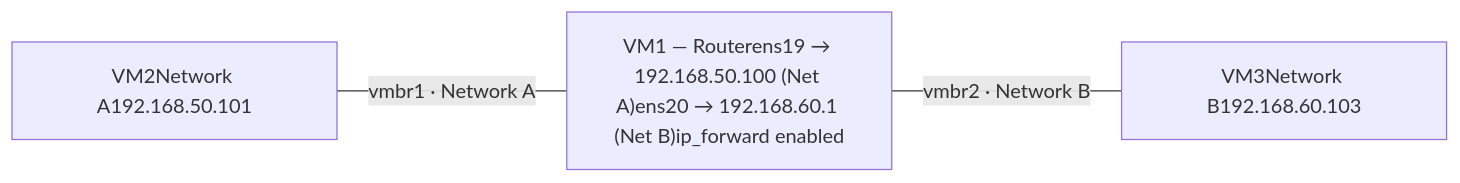
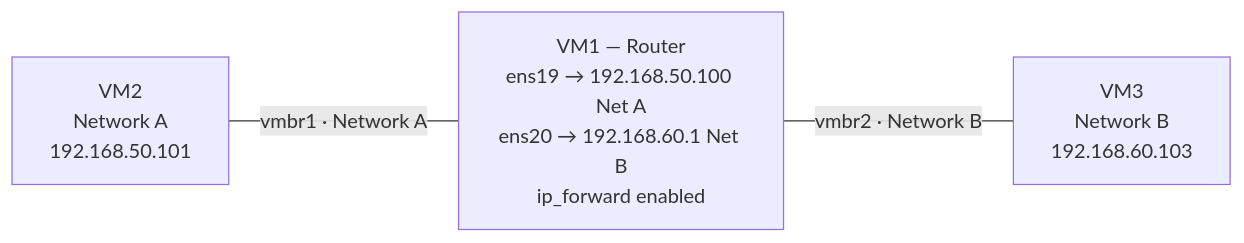
One commit to AnthonyQ04/proxmox-network-lab changed the second of 2 diagrams in README.md. Above: the diagram before and after it, drawn with Mermaid.

Commit message:
Enhance mermaid diagram formatting in README
Updated the mermaid diagram to improve readability with line breaks.

````diff
--- a/README.md
+++ b/README.md
@@ -37,9 +37,9 @@
 ```mermaid
 graph LR
-    VM2["VM2Network A192.168.50.101"]
-    VM1["VM1 — Routerens19 → 192.168.50.100 (Net A)ens20 → 192.168.60.1 (Net B)ip_forward enabled"]
-    VM3["VM3Network B192.168.60.103"]
+    VM2["VM2<br/>Network A<br/>192.168.50.101"]
+    VM1["VM1 — Router<br/>ens19 → 192.168.50.100 Net A<br/>ens20 → 192.168.60.1 Net B<br/>ip_forward enabled"]
+    VM3["VM3<br/>Network B<br/>192.168.60.103"]
 
     VM2 ---|"vmbr1 · Network A"| VM1
     VM1 ---|"vmbr2 · Network B"| VM3
 ```
````
